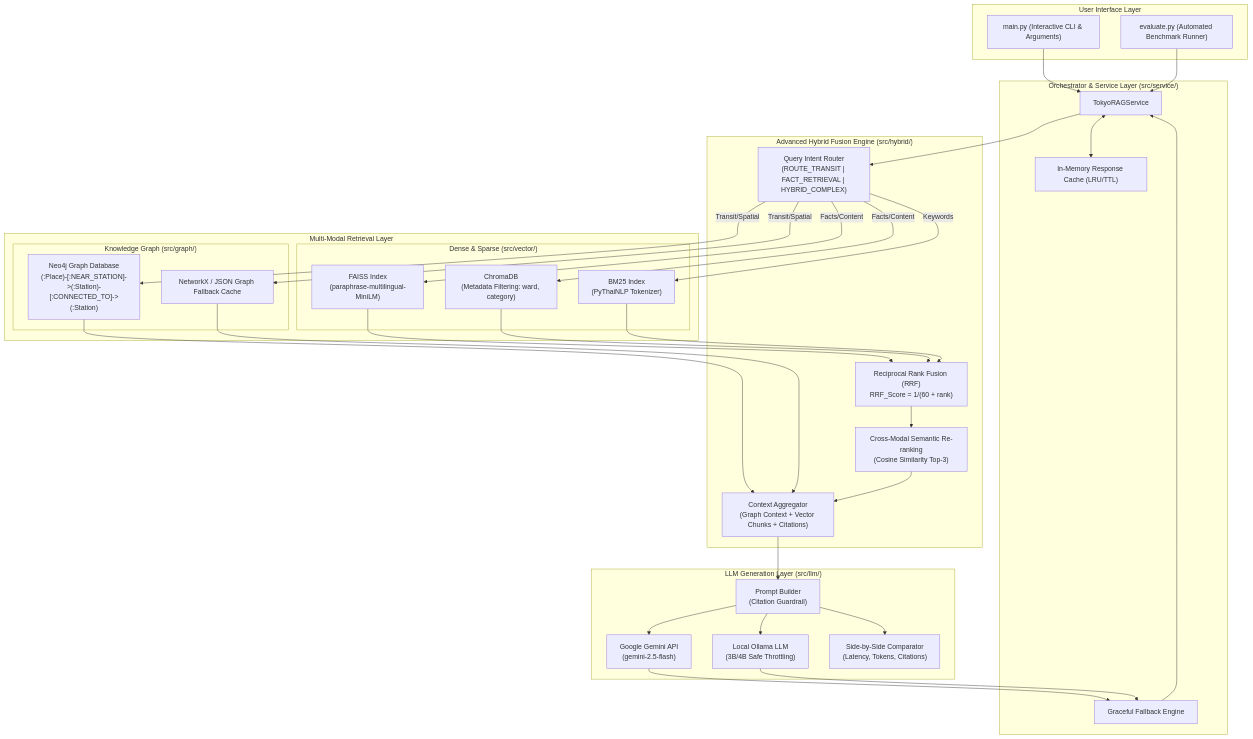
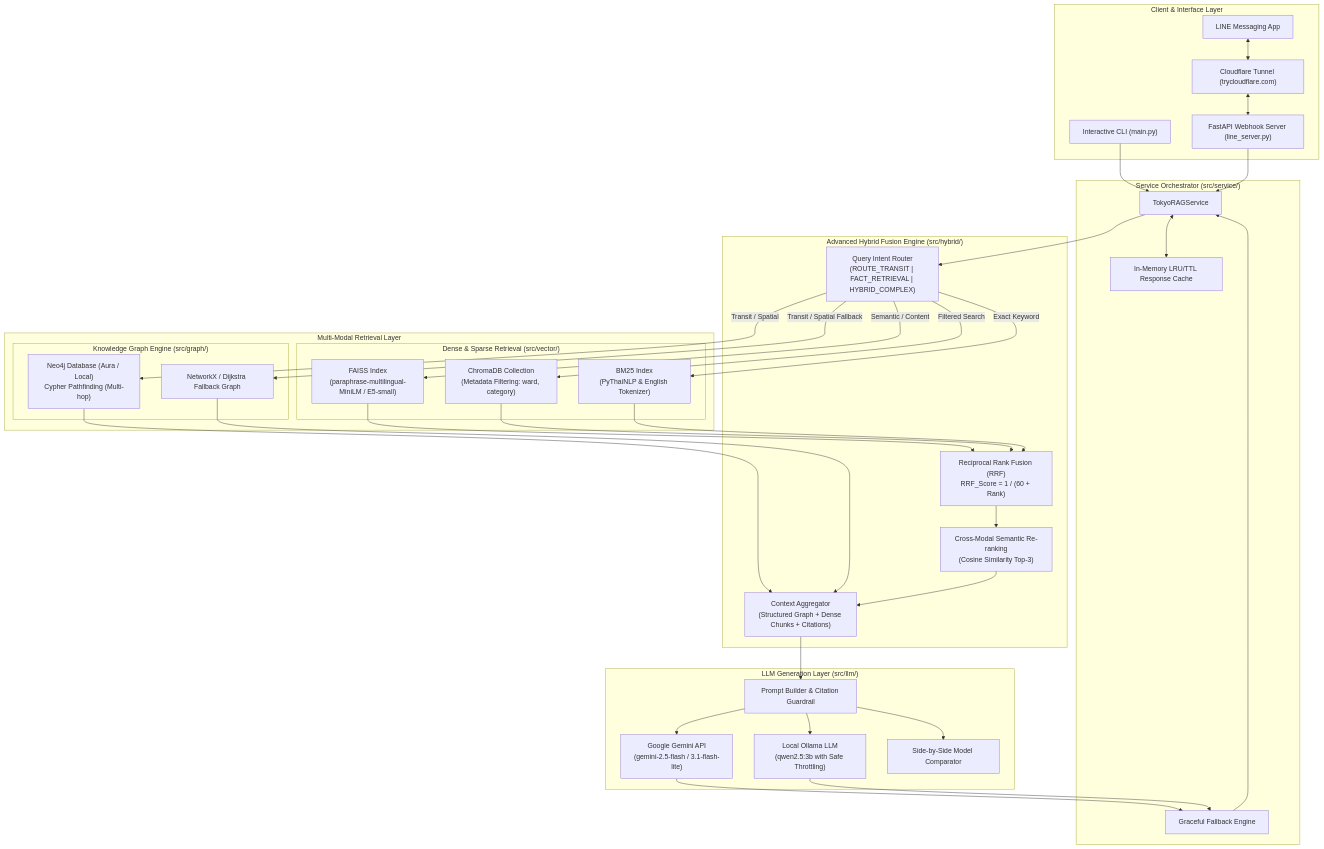
The diagram in README.md (xhier2547/Rag_Tokyo_Line), drawn with Mermaid before and after one commit. The commit also changed other lines of this file, not shown here.

Commit message:
docs: expand README with comprehensive architecture, benchmarks, and LINE Bot guide

````diff
--- a/README.md
+++ b/README.md
@@ -30,61 +49,64 @@
 ```mermaid
 flowchart TD
-    subgraph UI ["User Interface Layer"]
-        CLI["main.py (Interactive CLI & Arguments)"]
-        EvalRunner["evaluate.py (Automated Benchmark Runner)"]
+    subgraph ClientLayer ["Client & Interface Layer"]
+        CLI["Interactive CLI (main.py)"]
+        LINE["LINE Messaging App"]
+        WebHook["FastAPI Webhook Server (line_server.py)"]
+        Tunnel["Cloudflare Tunnel (trycloudflare.com)"]
+        LINE <--> Tunnel <--> WebHook
     end
 
-    subgraph ServiceLayer ["Orchestrator & Service Layer (src/service/)"]
+    subgraph ServiceLayer ["Service Orchestrator (src/service/)"]
         RAGService["TokyoRAGService"]
-        Cache["In-Memory Response Cache (LRU/TTL)"]
+        Cache["In-Memory LRU/TTL Response Cache"]
         Fallback["Graceful Fallback Engine"]
     end
 
     subgraph HybridEngine ["Advanced Hybrid Fusion Engine (src/hybrid/)"]
         Router["Query Intent Router\n(ROUTE_TRANSIT | FACT_RETRIEVAL | HYBRID_COMPLEX)"]
-        RRF["Reciprocal Rank Fusion (RRF)\nRRF_Score = 1/(60 + rank)"]
+        RRF["Reciprocal Rank Fusion (RRF)\nRRF_Score = 1 / (60 + Rank)"]
         ReRanker["Cross-Modal Semantic Re-ranking\n(Cosine Similarity Top-3)"]
-        ContextAssembler["Context Aggregator\n(Graph Context + Vector Chunks + Citations)"]
+        ContextAssembler["Context Aggregator\n(Structured Graph + Dense Chunks + Citations)"]
     end
 
     subgraph RetrievalLayer ["Multi-Modal Retrieval Layer"]
-        subgraph DenseSparse ["Dense & Sparse (src/vector/)"]
-            FAISS["FAISS Index\n(paraphrase-multilingual-MiniLM)"]
-            Chroma["ChromaDB\n(Metadata Filtering: ward, category)"]
-            BM25["BM25 Index\n(PyThaiNLP Tokenizer)"]
+        subgraph DenseSparse ["Dense & Sparse Retrieval (src/vector/)"]
+            FAISS["FAISS Index\n(paraphrase-multilingual-MiniLM / E5-small)"]
+            Chroma["ChromaDB Collection\n(Metadata Filtering: ward, category)"]
+            BM25["BM25 Index\n(PyThaiNLP & English Tokenizer)"]
         end
-        subgraph GraphDB ["Knowledge Graph (src/graph/)"]
-            Neo4j["Neo4j Graph Database\n(:Place)-[:NEAR_STATION]->(:Station)-[:CONNECTED_TO]->(:Station)"]
-            GraphCache["NetworkX / JSON Graph Fallback Cache"]
+        subgraph GraphDB ["Knowledge Graph Engine (src/graph/)"]
+            Neo4j["Neo4j Database (Aura / Local)\nCypher Pathfinding (Multi-hop)"]
+            GraphCache["NetworkX / Dijkstra Fallback Graph"]
         end
     end
 
     subgraph LLMLayer ["LLM Generation Layer (src/llm/)"]
-        PromptBuilder["Prompt Builder\n(Citation Guardrail)"]
-        GeminiClient["Google Gemini API\n(gemini-2.5-flash)"]
-        LocalClient["Local Ollama LLM\n(3B/4B Safe Throttling)"]
-        Comparator["Side-by-Side Comparator\n(Latency, Tokens, Citations)"]
+        PromptBuilder["Prompt Builder & Citation Guardrail"]
+        GeminiClient["Google Gemini API\n(gemini-2.5-flash / 3.1-flash-lite)"]
+        LocalClient["Local Ollama LLM\n(qwen2.5:3b with Safe Throttling)"]
+        Comparator["Side-by-Side Model Comparator"]
     end
 
     CLI --> RAGService
-    EvalRunner --> RAGService
+    WebHook --> RAGService
     RAGService <--> Cache
     RAGService --> Router
-    
-    Router -->|Transit/Spatial| Neo4j
-    Router -->|Transit/Spatial| GraphCache
-    Router -->|Facts/Content| FAISS
-    Router -->|Facts/Content| Chroma
-    Router -->|Keywords| BM25
 
-    FAISS & Chroma & BM25 --> RRF --> ReRanker
+    Router -->|Transit / Spatial| Neo4j
+    Router -->|Transit / Spatial Fallback| GraphCache
+    Router -->|Semantic / Content| FAISS
+    Router -->|Filtered Search| Chroma
+    Router -->|Exact Keyword| BM25
+
+    FAISS & Chroma & BM25 --> RRF
     Neo4j & GraphCache --> ContextAssembler
-    ReRanker --> ContextAssembler
-    
+    RRF --> ReRanker --> ContextAssembler
+
     ContextAssembler --> PromptBuilder
     PromptBuilder --> GeminiClient
     PromptBuilder --> LocalClient
     PromptBuilder --> Comparator
-    
+
     GeminiClient & LocalClient --> Fallback --> RAGService
 ```
````
